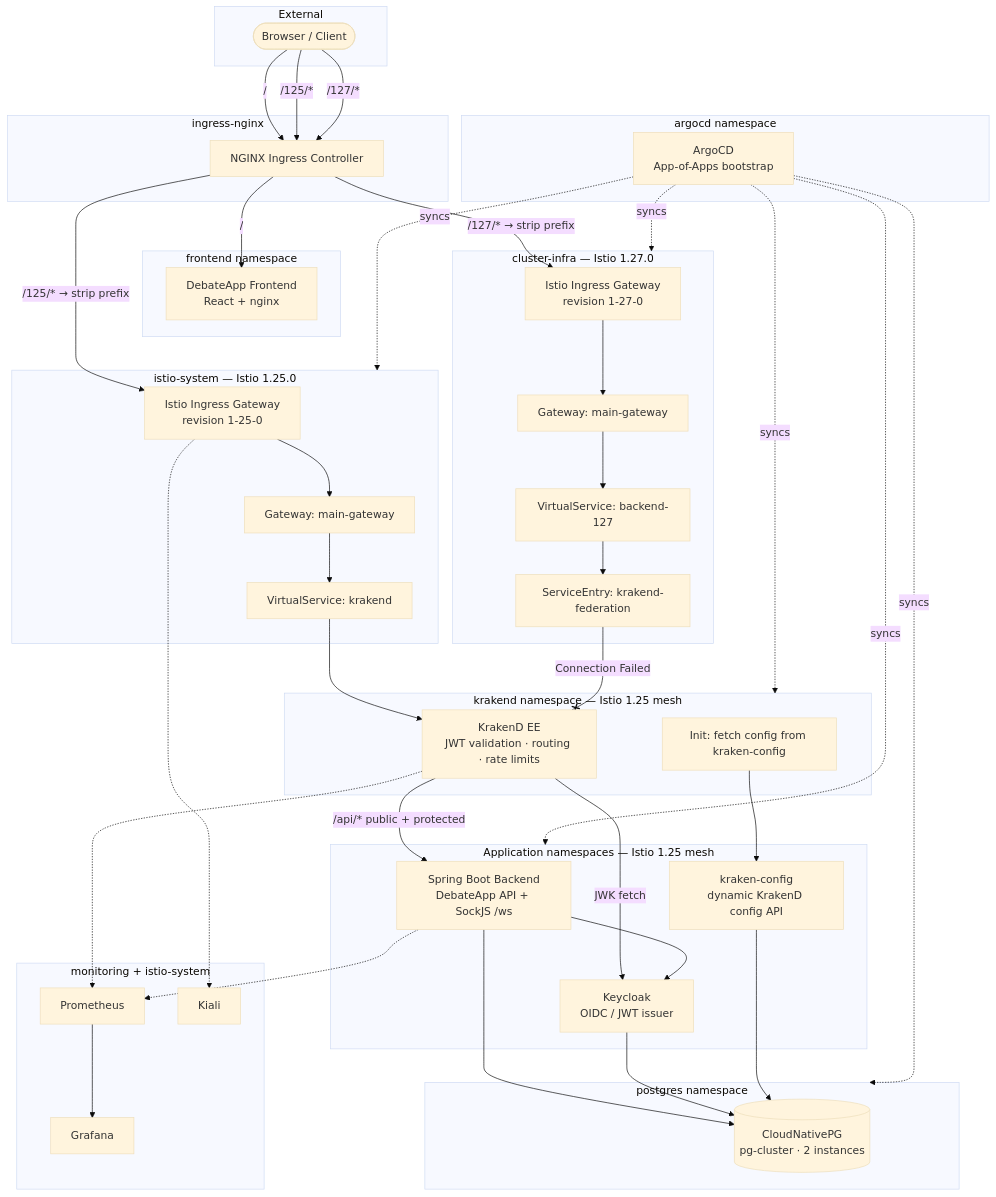
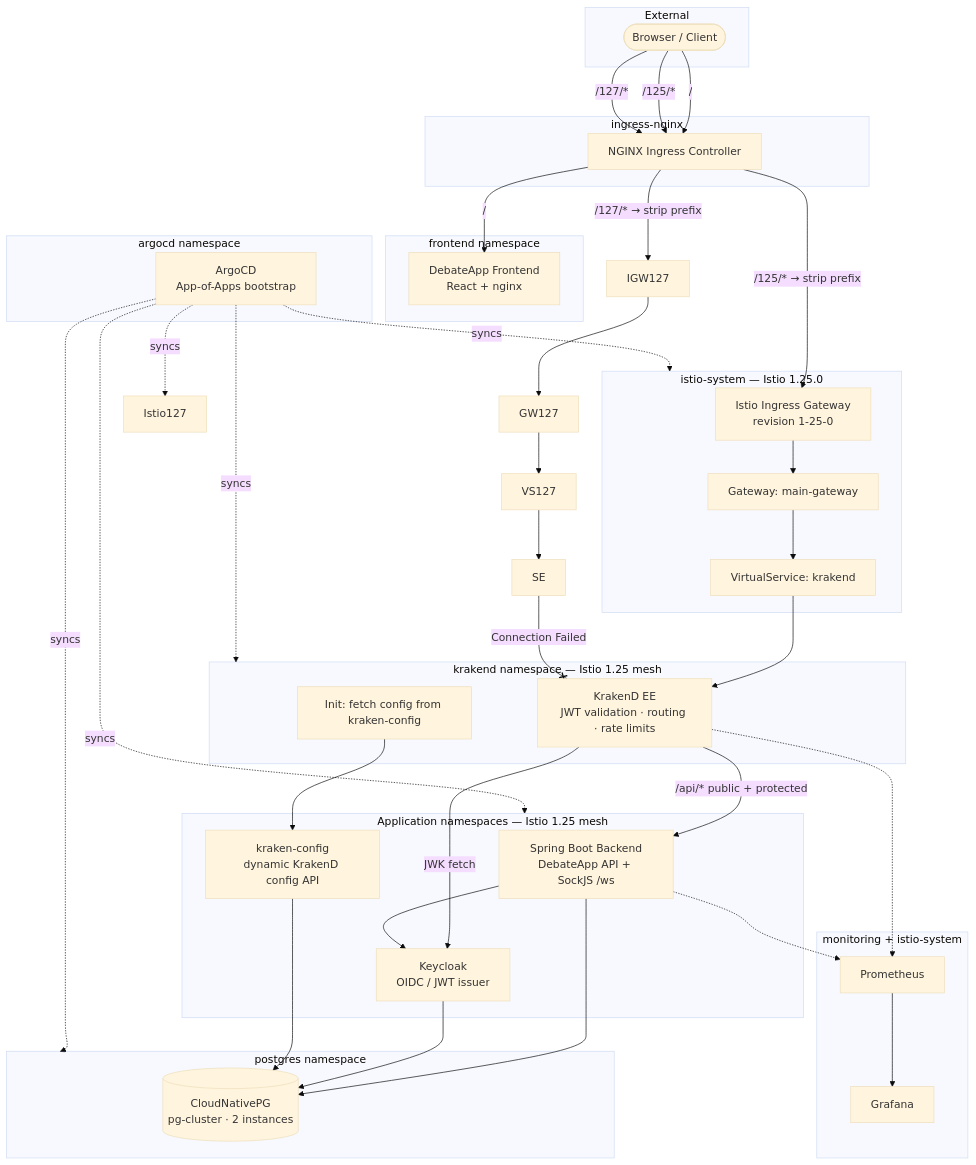
Before and after one commit to niteeshchaudhary/k8_istio_krakend: the diagram in README.md, drawn with Mermaid (base theme). The commit also changed other lines of this file and 1 other file, not shown here.

````diff
--- a/README.md
+++ b/README.md
@@ -9,82 +9,73 @@
 ```mermaid
 flowchart TB
     subgraph External
         User([Browser / Client])
     end
 
     subgraph Ingress["ingress-nginx"]
         NGX[NGINX Ingress Controller]
     end
 
     subgraph Frontend["frontend namespace"]
         FE[DebateApp Frontend<br/>React + nginx]
     end
 
     subgraph Istio125["istio-system — Istio 1.25.0"]
         IGW125[Istio Ingress Gateway<br/>revision 1-25-0]
         GW125[Gateway: main-gateway]
         VS125[VirtualService: krakend]
-    end
-
-    subgraph Istio127["cluster-infra — Istio 1.27.0"]
-        IGW127[Istio Ingress Gateway<br/>revision 1-27-0]
-        GW127[Gateway: main-gateway]
-        VS127[VirtualService: backend-127]
-        SE[ServiceEntry: krakend-federation]
     end
 
     subgraph Gateway["krakend namespace — Istio 1.25 mesh"]
         KGD[KrakenD EE<br/>JWT validation · routing · rate limits]
         KC[Init: fetch config from kraken-config]
     end
 
     subgraph Apps["Application namespaces — Istio 1.25 mesh"]
         BE[Spring Boot Backend<br/>DebateApp API + SockJS /ws]
         KCfg[kraken-config<br/>dynamic KrakenD config API]
         KCloak[Keycloak<br/>OIDC / JWT issuer]
     end
 
     subgraph Data["postgres namespace"]
         CNPG[(CloudNativePG<br/>pg-cluster · 2 instances)]
     end
 
     subgraph GitOps["argocd namespace"]
         Argo[ArgoCD<br/>App-of-Apps bootstrap]
     end
 
     subgraph Observability["monitoring + istio-system"]
         Prom[Prometheus]
         Graf[Grafana]
-        Kiali[Kiali]
     end
 
     User -->|"/"| NGX
     User -->|"/125/*"| NGX
     User -->|"/127/*"| NGX
 
     NGX -->|"/"| FE
     NGX -->|"/125/* → strip prefix"| IGW125
     NGX -->|"/127/* → strip prefix"| IGW127
 
     IGW125 --> GW125 --> VS125 --> KGD
     IGW127 --> GW127 --> VS127 --> SE --x|Connection Failed| KGD
 
     KC --> KCfg
     KGD -->|"/api/* public + protected"| BE
     KGD -->|JWK fetch| KCloak
     BE --> KCloak
     BE --> CNPG
     KCloak --> CNPG
     KCfg --> CNPG
 
     Argo -.->|syncs| Istio125
     Argo -.->|syncs| Istio127
     Argo -.->|syncs| Gateway
     Argo -.->|syncs| Apps
     Argo -.->|syncs| Data
 
     KGD -.-> Prom
     BE -.-> Prom
-    IGW125 -.-> Kiali
     Prom --> Graf
 ```
````
